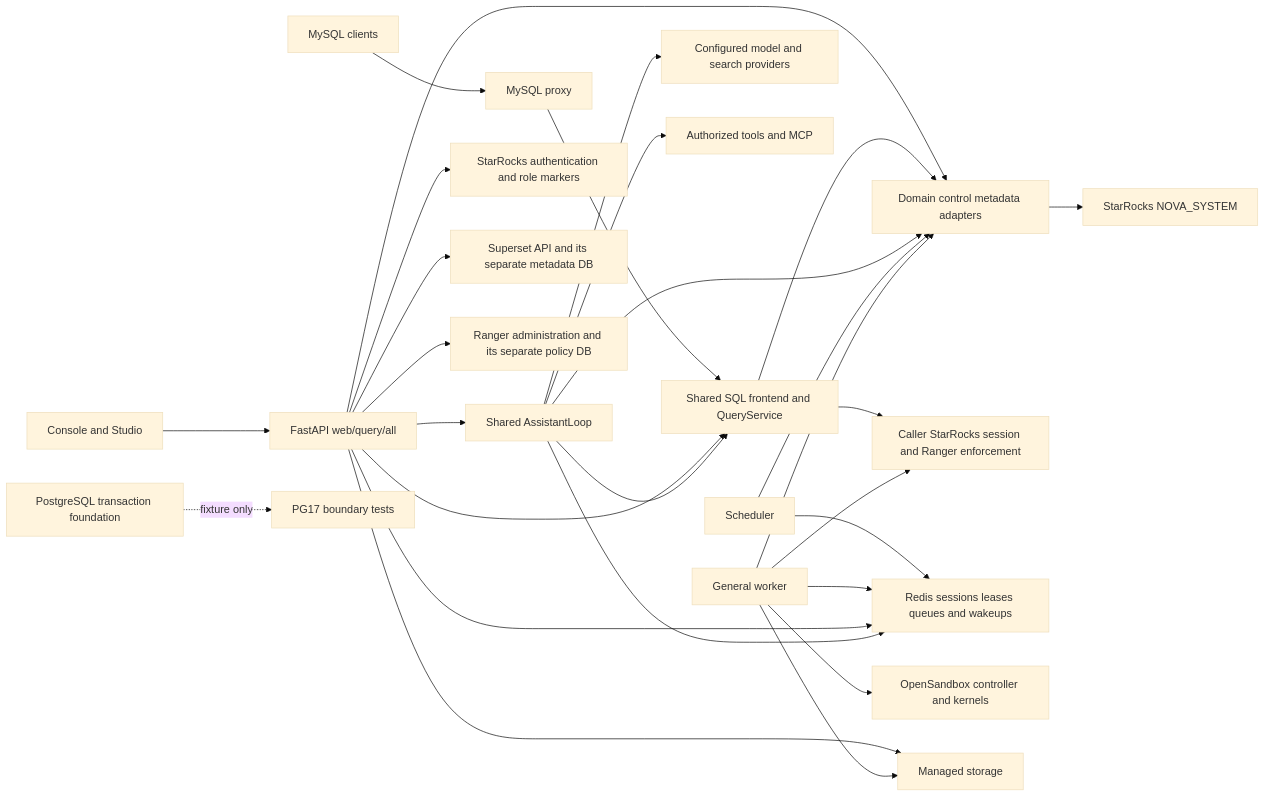
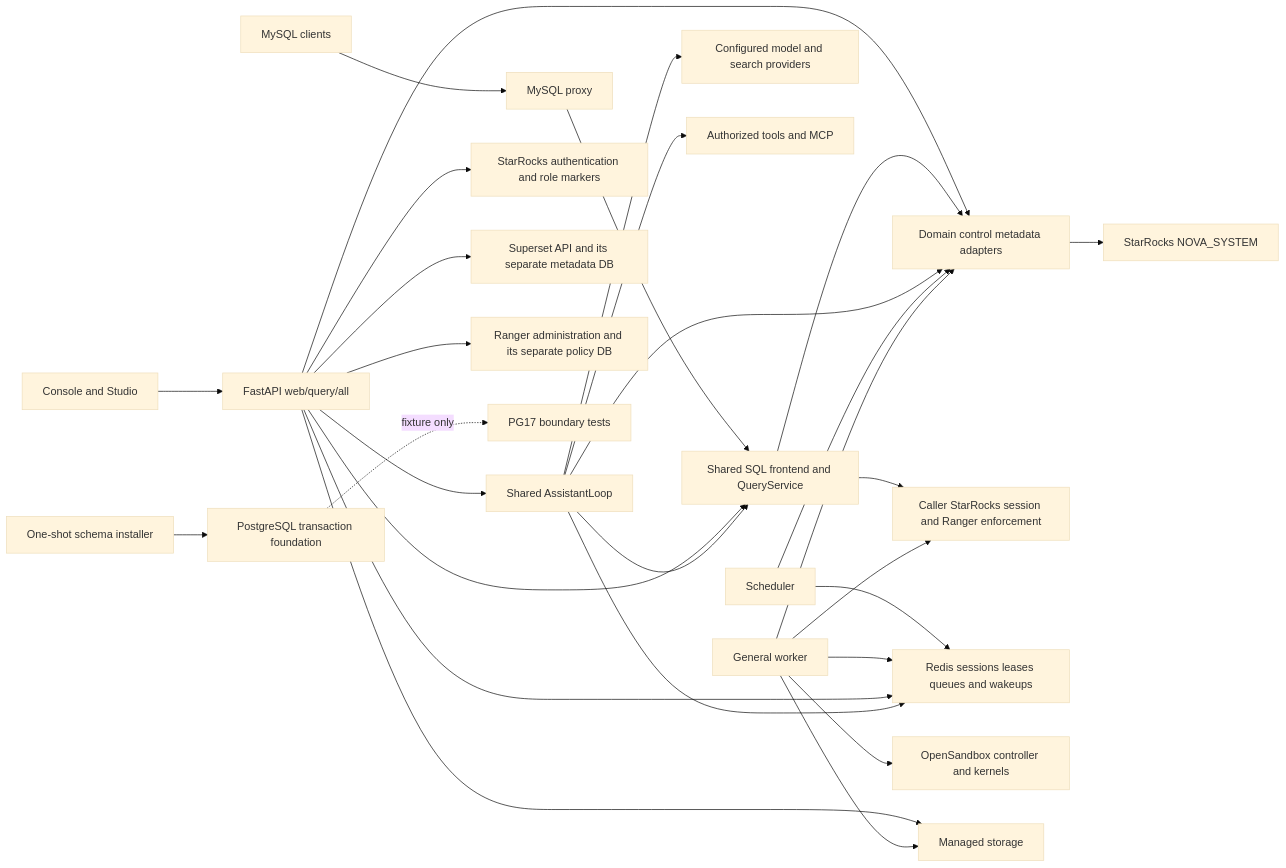
Before and after one commit to dwickyfp/nova: the diagram in docs/architecture/production-refactor/DEPENDENCIES.md, drawn with Mermaid (base theme). The commit also changed other lines of this file and 27 other files, not shown here.

````diff
--- a/docs/architecture/production-refactor/DEPENDENCIES.md
+++ b/docs/architecture/production-refactor/DEPENDENCIES.md
@@ -8,30 +8,31 @@
 ```mermaid
 flowchart LR
     UI[Console and Studio] --> API[FastAPI web/query/all]
     MYSQL[MySQL clients] --> PROXY[MySQL proxy]
     PROXY --> SQL[Shared SQL frontend and QueryService]
     API --> SQL
     API --> LOOP[Shared AssistantLoop]
     API --> CP[Domain control metadata adapters]
     SQL --> CP
     LOOP --> CP
     LOOP --> SQL
     LOOP --> PROVIDER[Configured model and search providers]
     LOOP --> TOOLS[Authorized tools and MCP]
     CP --> META[StarRocks NOVA_SYSTEM]
     API --> AUTH[StarRocks authentication and role markers]
     SQL --> DATA[Caller StarRocks session and Ranger enforcement]
     SCHED[Scheduler] --> CP
     SCHED --> REDIS[Redis sessions leases queues and wakeups]
     WORKER[General worker] --> CP
     WORKER --> REDIS
     WORKER --> DATA
     WORKER --> SANDBOX[OpenSandbox controller and kernels]
     API --> REDIS
     LOOP --> REDIS
     API --> OBJECTS[Managed storage]
     WORKER --> OBJECTS
     API --> SUPERSET[Superset API and its separate metadata DB]
     API --> RANGER[Ranger administration and its separate policy DB]
     PG[PostgreSQL transaction foundation] -. fixture only .-> TESTS[PG17 boundary tests]
+    MIGRATOR[One-shot schema installer] --> PG
 ```
````
